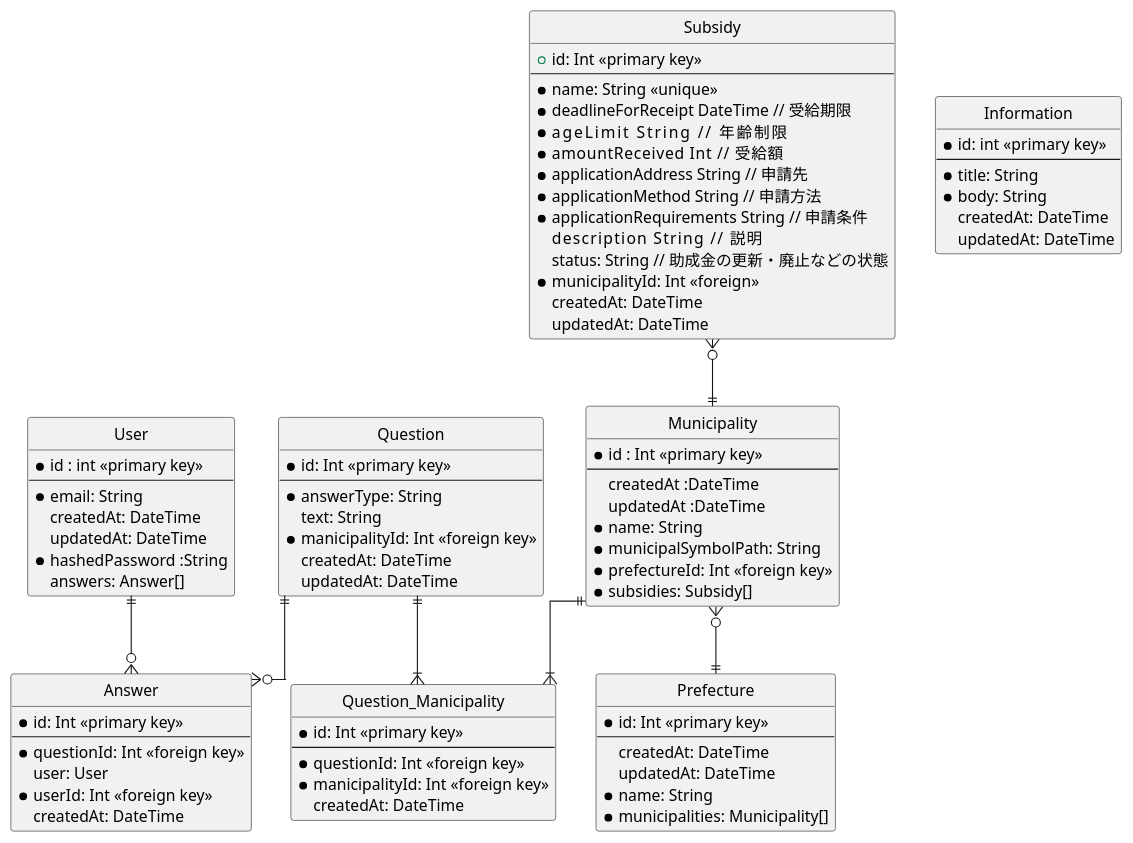
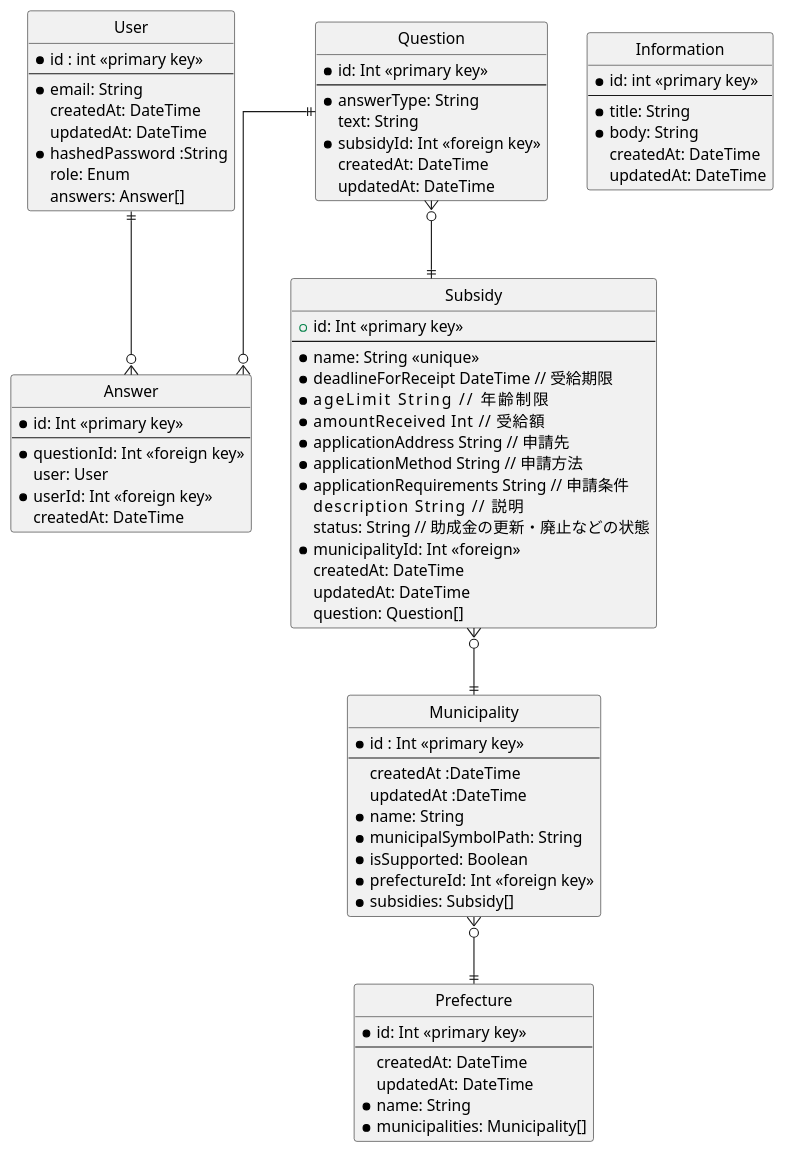
The diagram in app/backend/archive/db/logical design.pu (gigi434/ReStartNow), drawn with PlantUML before and after one commit. The commit also changed 16 other files, not shown here.

```diff
--- a/app/backend/archive/db/logical design.pu
+++ b/app/backend/archive/db/logical design.pu
@@ -1,103 +1,97 @@
 @startuml failure-story
 
 ' hide the spot
 hide circle
 
 ' avoid problems with angled crows feet
 skinparam linetype ortho
 
 entity "User" as user {
     *id : int <<primary key>>
     --
     *email: String
     createdAt: DateTime
     updatedAt: DateTime
     *hashedPassword :String
+    role: Enum
     answers: Answer[]
 }
 
 entity "Municipality" as manicipality {
     *id : Int <<primary key>>
     --
     createdAt :DateTime                  
     updatedAt :DateTime                  
     *name: String
     *municipalSymbolPath: String
+    *isSupported: Boolean
     *prefectureId: Int <<foreign key>>
     *subsidies: Subsidy[]
 }
 
 entity "Information" as information {
     *id: int <<primary key>>
     --
     *title: String
     *body: String
     createdAt: DateTime
     updatedAt: DateTime
 }
 
 entity "Prefecture" as prefecture {
     *id: Int <<primary key>>
     --
     createdAt: DateTime
     updatedAt: DateTime
     *name: String
     *municipalities: Municipality[]
 }
 
 entity "Subsidy" as subsidy {
     +id: Int <<primary key>>
   --
     *name: String <<unique>>
     *deadlineForReceipt DateTime // 受給期限
     *ageLimit           String // 年齢制限
     *amountReceived     Int // 受給額
     *applicationAddress String // 申請先
     *applicationMethod String // 申請方法
     *applicationRequirements String // 申請条件
     description        String // 説明
     status: String // 助成金の更新・廃止などの状態
     *municipalityId: Int <<foreign>>
     createdAt: DateTime
     updatedAt: DateTime
+    question: Question[]
 }
 
 ' 一問一答の質問
 entity "Question" as question {
     *id: Int <<primary key>>
     --
     *answerType: String
     text: String
-    *manicipalityId: Int <<foreign key>>
+    *subsidyId: Int <<foreign key>>
     createdAt: DateTime
     updatedAt: DateTime
 }
 
 ' ユーザーの答えを保存するテーブル
 entity "Answer" as answer {
     *id: Int <<primary key>>
     --
     *questionId: Int <<foreign key>>
     user: User
     *userId: Int <<foreign key>>
     createdAt: DateTime
 }
 
-entity "Question_Manicipality" as questionOnManicipality {
-    *id: Int <<primary key>> 
-    --
-    *questionId: Int <<foreign key>>
-    *manicipalityId: Int <<foreign key>>
-    createdAt: DateTime
-}
-
 manicipality }o--|| prefecture
 question ||--o{ answer
-question ||--|{ questionOnManicipality
-manicipality ||--|{ questionOnManicipality
+question }o--|| subsidy
 subsidy }o--|| manicipality
 user ||--o{ answer
 
 
 
 @enduml
```
